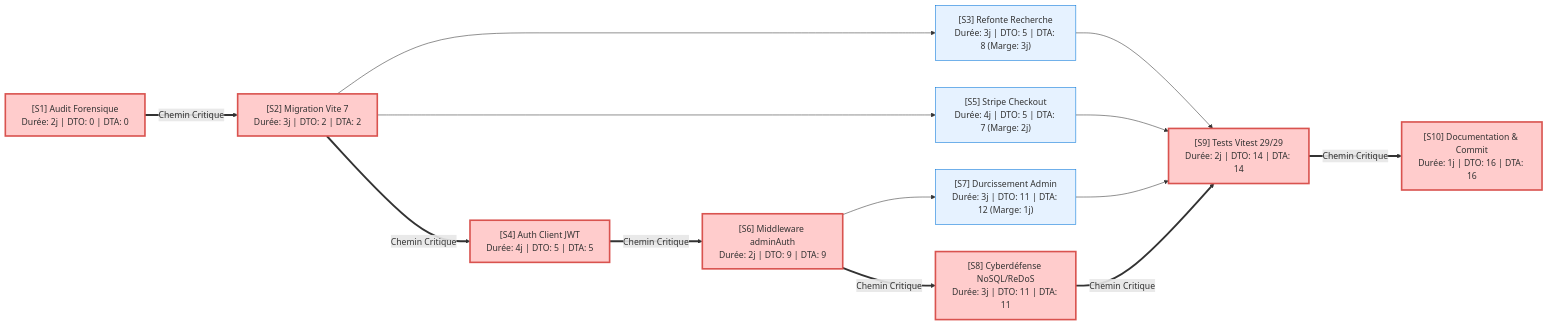
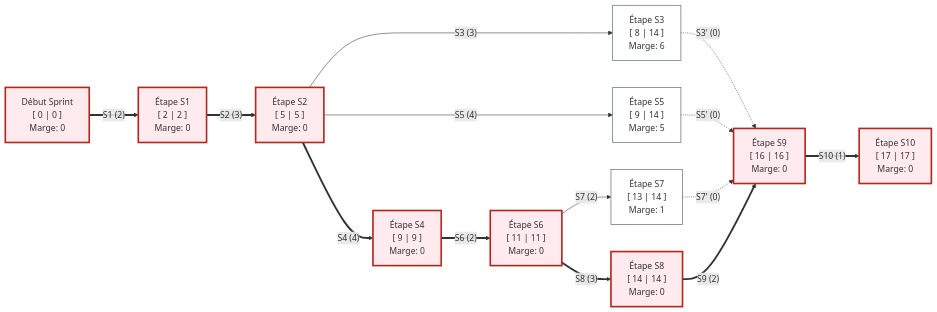
Before and after one commit to Cherkaoui7/aurora_store: the sixth of 8 diagrams in README.md, drawn with Mermaid. The commit also changed other lines of this file and 3 other files, not shown here.

Commit message:
docs(readme): format PERT network diagrams according to three-compartment standard template

````diff
--- a/README.md
+++ b/README.md
@@ -451,37 +496,31 @@
 ```mermaid
 flowchart LR
-    S1["[S1] Audit Forensique<br/>Durée: 2j | DTO: 0 | DTA: 0"]
-    S2["[S2] Migration Vite 7<br/>Durée: 3j | DTO: 2 | DTA: 2"]
-    S3["[S3] Refonte Recherche<br/>Durée: 3j | DTO: 5 | DTA: 8 (Marge: 3j)"]
-    S4["[S4] Auth Client JWT<br/>Durée: 4j | DTO: 5 | DTA: 5"]
-    S5["[S5] Stripe Checkout<br/>Durée: 4j | DTO: 5 | DTA: 7 (Marge: 2j)"]
-    S6["[S6] Middleware adminAuth<br/>Durée: 2j | DTO: 9 | DTA: 9"]
-    S7["[S7] Durcissement Admin<br/>Durée: 3j | DTO: 11 | DTA: 12 (Marge: 1j)"]
-    S8["[S8] Cyberdéfense NoSQL/ReDoS<br/>Durée: 3j | DTO: 11 | DTA: 11"]
-    S9["[S9] Tests Vitest 29/29<br/>Durée: 2j | DTO: 14 | DTA: 14"]
-    S10["[S10] Documentation & Commit<br/>Durée: 1j | DTO: 16 | DTA: 16"]
+    classDef critNode2 fill:#ffebee,stroke:#b3261e,stroke-width:3px;
+    classDef floatNode2 fill:#ffffff,stroke:#708090,stroke-width:1.5px;
 
-    S1 ==>|Chemin Critique| S2
-    S2 --> S3
-    S2 ==>|Chemin Critique| S4
-    S2 --> S5
-    S4 ==>|Chemin Critique| S6
-    S6 --> S7
-    S6 ==>|Chemin Critique| S8
-    S3 --> S9
-    S5 --> S9
-    S7 --> S9
-    S8 ==>|Chemin Critique| S9
-    S9 ==>|Chemin Critique| S10
+    Start2["Début Sprint<br/>[ 0 | 0 ]<br/>Marge: 0"]:::critNode2
+    NS1["Étape S1<br/>[ 2 | 2 ]<br/>Marge: 0"]:::critNode2
+    NS2["Étape S2<br/>[ 5 | 5 ]<br/>Marge: 0"]:::critNode2
+    NS3["Étape S3<br/>[ 8 | 14 ]<br/>Marge: 6"]:::floatNode2
+    NS4["Étape S4<br/>[ 9 | 9 ]<br/>Marge: 0"]:::critNode2
+    NS5["Étape S5<br/>[ 9 | 14 ]<br/>Marge: 5"]:::floatNode2
+    NS6["Étape S6<br/>[ 11 | 11 ]<br/>Marge: 0"]:::critNode2
+    NS7["Étape S7<br/>[ 13 | 14 ]<br/>Marge: 1"]:::floatNode2
+    NS8["Étape S8<br/>[ 14 | 14 ]<br/>Marge: 0"]:::critNode2
+    NS9["Étape S9<br/>[ 16 | 16 ]<br/>Marge: 0"]:::critNode2
+    NS10["Étape S10<br/>[ 17 | 17 ]<br/>Marge: 0"]:::critNode2
 
-    style S1 fill:#ffcccc,stroke:#d9534f,stroke-width:3px
-    style S2 fill:#ffcccc,stroke:#d9534f,stroke-width:3px
-    style S4 fill:#ffcccc,stroke:#d9534f,stroke-width:3px
-    style S6 fill:#ffcccc,stroke:#d9534f,stroke-width:3px
-    style S8 fill:#ffcccc,stroke:#d9534f,stroke-width:3px
-    style S9 fill:#ffcccc,stroke:#d9534f,stroke-width:3px
-    style S10 fill:#ffcccc,stroke:#d9534f,stroke-width:3px
-    style S3 fill:#e6f2ff,stroke:#0275d8,stroke-width:1px
-    style S5 fill:#e6f2ff,stroke:#0275d8,stroke-width:1px
-    style S7 fill:#e6f2ff,stroke:#0275d8,stroke-width:1px
+    Start2 ==>|"S1 (2)"| NS1
+    NS1 ==>|"S2 (3)"| NS2
+    NS2 -->|"S3 (3)"| NS3
+    NS2 -->|"S5 (4)"| NS5
+    NS2 ==>|"S4 (4)"| NS4
+    NS4 ==>|"S6 (2)"| NS6
+    NS6 -->|"S7 (2)"| NS7
+    NS6 ==>|"S8 (3)"| NS8
+    NS3 -.->|"S3' (0)"| NS9
+    NS5 -.->|"S5' (0)"| NS9
+    NS7 -.->|"S7' (0)"| NS9
+    NS8 ==>|"S9 (2)"| NS9
+    NS9 ==>|"S10 (1)"| NS10
 ```
````
